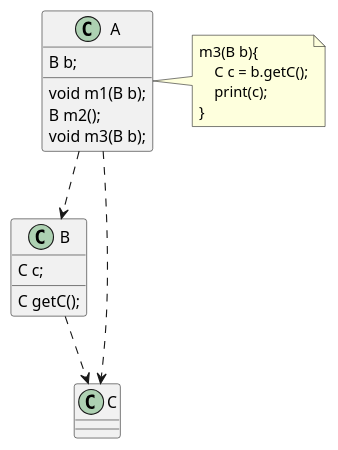
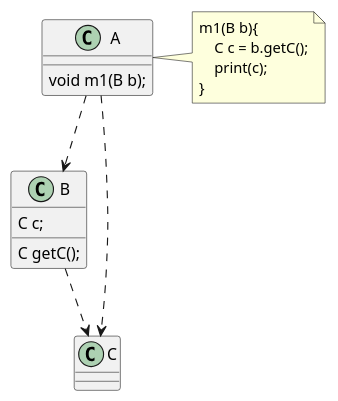
The diagram in doc/UML/principle/迪米特法则反例.puml (Drintau/StudyRepository), drawn with PlantUML before and after one commit. The commit also changed 12 other files, not shown here.

```diff
--- a/doc/UML/principle/迪米特法则反例.puml
+++ b/doc/UML/principle/迪米特法则反例.puml
@@ -1,26 +1,25 @@
 @startuml
 
 class A{
-    B b;
     void m1(B b);
-    B m2();
-    void m3(B b);
 }
 note right of A
-m3(B b){
+m1(B b){
     C c = b.getC();
     print(c);
 }
 end note
+
 class B{
     C c;
     C getC();
 }
+
 class C{
 }
 
 A ..> B
 A ..> C
 B ..> C
 
 @enduml
```
